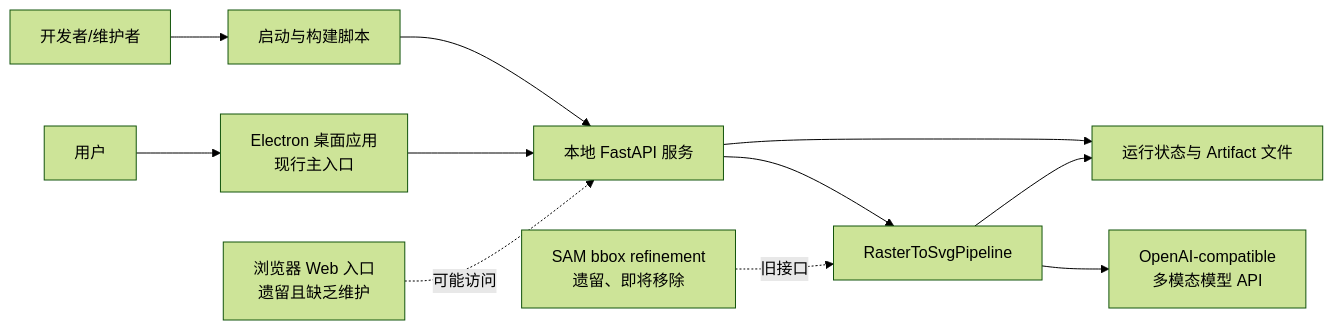
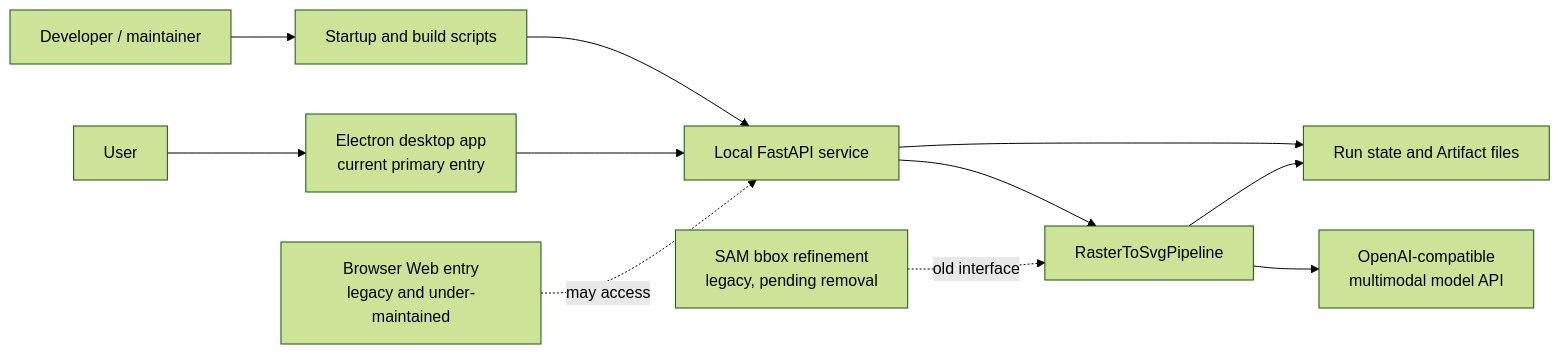
The diagram in architecture-summary/README.md (PeiXingXie/Raster2SVG-Demo), drawn with Mermaid (forest theme) before and after one commit. The commit also changed other lines of this file and 14 other files, not shown here.

````diff
--- a/architecture-summary/README.md
+++ b/architecture-summary/README.md
@@ -40,17 +40,16 @@
 ```mermaid
 flowchart LR
-    User["用户"] --> Desktop["Electron 桌面应用<br/>现行主入口"]
-    Developer["开发者/维护者"] --> Scripts["启动与构建脚本"]
+    User["User"] --> Desktop["Electron desktop app<br/>current primary entry"]
+    Developer["Developer / maintainer"] --> Scripts["Startup and build scripts"]
 
-    Desktop --> API["本地 FastAPI 服务"]
+    Desktop --> API["Local FastAPI service"]
     Scripts --> API
-    LegacyWeb["浏览器 Web 入口<br/>遗留且缺乏维护"] -. "可能访问" .-> API
+    LegacyWeb["Browser Web entry<br/>legacy and under-maintained"] -. "may access" .-> API
 
     API --> Pipeline["RasterToSvgPipeline"]
-    Pipeline --> ModelAPI["OpenAI-compatible<br/>多模态模型 API"]
-    Pipeline --> Files["运行状态与 Artifact 文件"]
+    Pipeline --> ModelAPI["OpenAI-compatible<br/>multimodal model API"]
+    Pipeline --> Files["Run state and Artifact files"]
     API --> Files
 
-    Sam["SAM bbox refinement<br/>遗留、即将移除"] -. "旧接口" .-> Pipeline
-
+    Sam["SAM bbox refinement<br/>legacy, pending removal"] -. "old interface" .-> Pipeline
 ```
````
